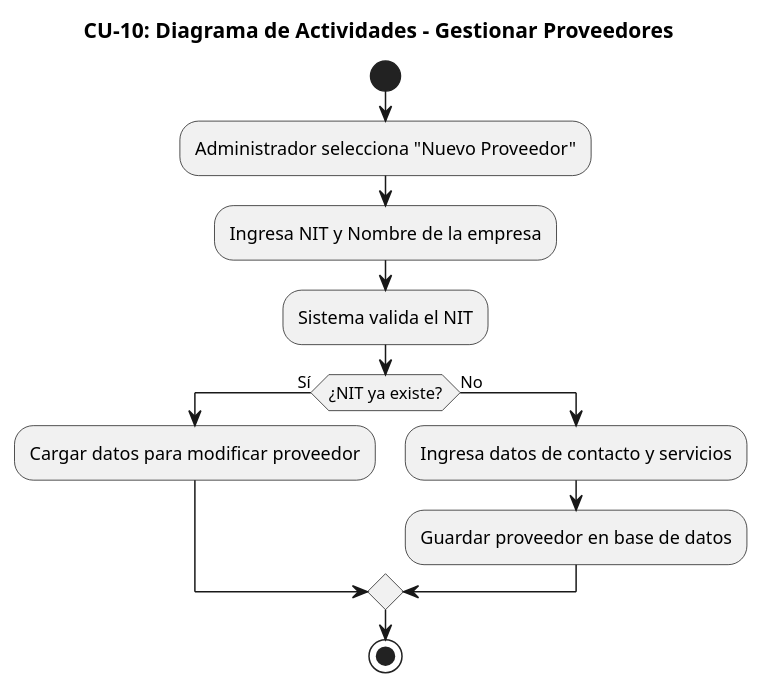
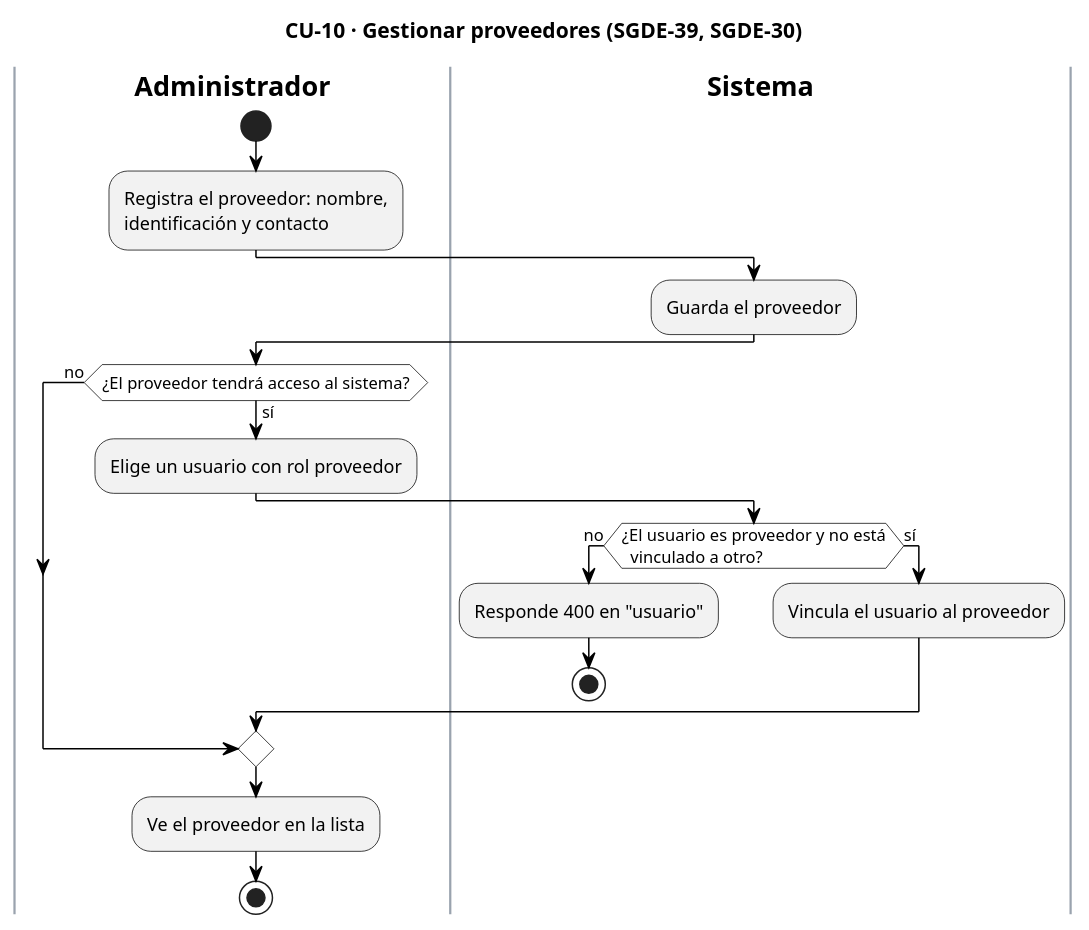
One commit to AndreCamx2/Gestion-De-Eventos changed the diagram in docs/Diagrama de actividades/CU10_GestionarProveedores.pu. Above: the diagram before and after it, drawn with PlantUML. The commit also changed 172 other files, not shown here.

First line of the commit message:
docs(diagramas): alinear los diagramas con el sistema construido

```diff
--- a/docs/Diagrama de actividades/CU10_GestionarProveedores.pu
+++ b/docs/Diagrama de actividades/CU10_GestionarProveedores.pu
@@ -1,16 +1,38 @@
 @startuml CU10_GestionarProveedores
-title CU-10: Diagrama de Actividades - Gestionar Proveedores
+title CU-10 · Gestionar proveedores (SGDE-39, SGDE-30)
 skinparam backgroundColor white
+skinparam ActivityBackgroundColor #F2F2F2
+skinparam ActivityBorderColor black
+skinparam ActivityDiamondBackgroundColor white
+skinparam ActivityDiamondBorderColor black
+skinparam ArrowColor black
+skinparam SwimlaneBorderColor #9AA3AE
+skinparam SwimlaneTitleFontStyle bold
+skinparam note {
+  BackgroundColor #FFFBEA
+  BorderColor #B8A86B
+}
 
+|Administrador|
 start
-:Administrador selecciona "Nuevo Proveedor";
-:Ingresa NIT y Nombre de la empresa;
-:Sistema valida el NIT;
-if (¿NIT ya existe?) then (Sí)
-  :Cargar datos para modificar proveedor;
-else (No)
-  :Ingresa datos de contacto y servicios;
-  :Guardar proveedor en base de datos;
+:Registra el proveedor: nombre,
+identificación y contacto;
+|Sistema|
+:Guarda el proveedor;
+|Administrador|
+if (¿El proveedor tendrá acceso al sistema?) then (sí)
+  :Elige un usuario con rol proveedor;
+  |Sistema|
+  if (¿El usuario es proveedor y no está
+  vinculado a otro?) then (no)
+    :Responde 400 en "usuario";
+    stop
+  else (sí)
+    :Vincula el usuario al proveedor;
+  endif
+else (no)
 endif
+|Administrador|
+:Ve el proveedor en la lista;
 stop
 @enduml
```
